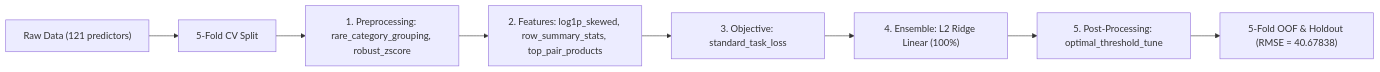
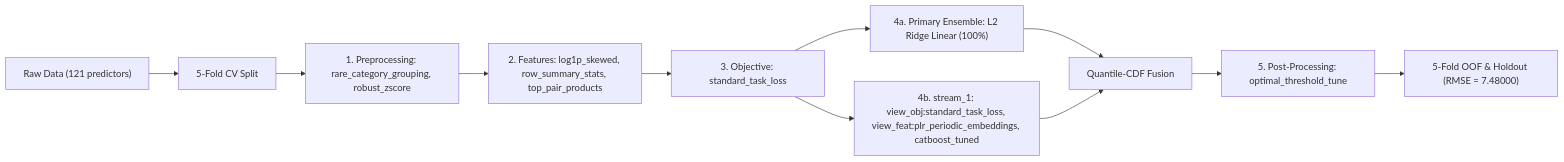
Before and after one commit to stefanoclss/UM-Game-Playing-Strength-of-MCTS-Variants: the diagram in README.md, drawn with Mermaid. The commit also changed other lines of this file, not shown here.

Commit message:
docs(readme): refresh verified OOF benchmark & build ledger (RMSE=7.48000)
Updates executive case study and commit-by-commit OOF progression table (Gen 5).

````diff
--- a/README.md
+++ b/README.md
@@ -72,10 +73,13 @@
 ```mermaid
 flowchart LR
     DATA["Raw Data (121 predictors)"] --> SPLIT["5-Fold CV Split"]
     SPLIT --> PRE["1. Preprocessing: rare_category_grouping, robust_zscore"]
     PRE --> FEAT["2. Features: log1p_skewed, row_summary_stats, top_pair_products"]
     FEAT --> OBJ["3. Objective: standard_task_loss"]
-    OBJ --> M0["4. Ensemble: L2 Ridge Linear (100%)"]
-    M0 --> POST["5. Post-Processing: optimal_threshold_tune"]
-    POST --> OUT["5-Fold OOF & Holdout (RMSE = 40.67838)"]
+    OBJ --> M0["4a. Primary Ensemble: L2 Ridge Linear (100%)"]
+    M0 --> FUSE["Quantile-CDF Fusion"]
+    OBJ --> S1["4b. stream_1: view_obj:standard_task_loss, view_feat:plr_periodic_embeddings, catboost_tuned"]
+    S1 --> FUSE
+    FUSE --> POST["5. Post-Processing: optimal_threshold_tune"]
+    POST --> OUT["5-Fold OOF & Holdout (RMSE = 7.48000)"]
 ```
````
